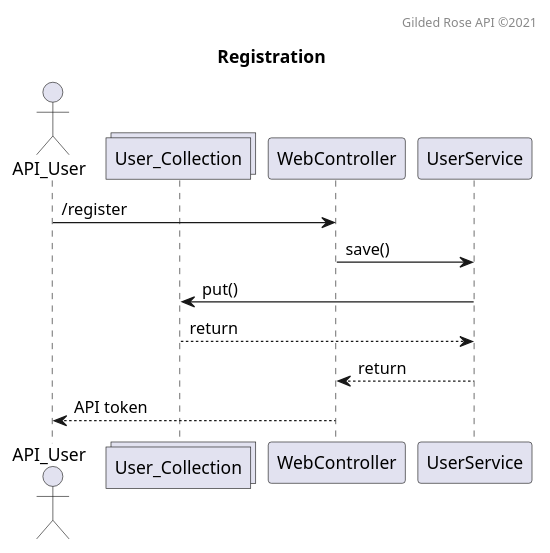
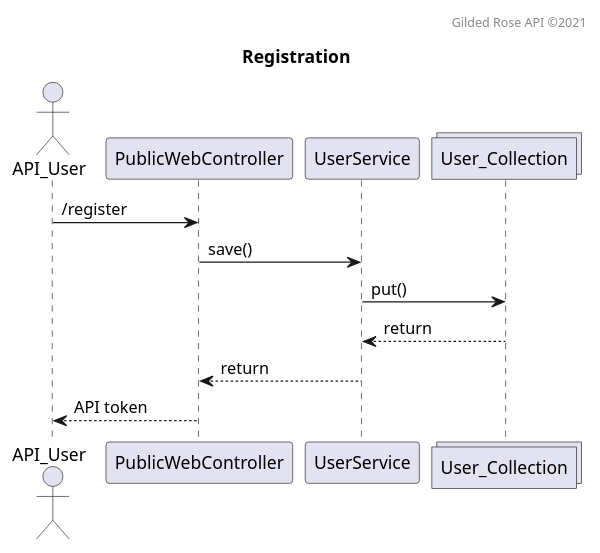
One commit to bladewheels/GildedRoseAPI changed the diagram in src/main/resources/seq.register.puml. Above: the diagram before and after it, drawn with PlantUML.

```diff
--- a/src/main/resources/seq.register.puml
+++ b/src/main/resources/seq.register.puml
@@ -1,14 +1,16 @@
 @startuml
 title Registration
 header Gilded Rose API ©2021
 
 actor API_User
+participant PublicWebController
+participant UserService
 collections User_Collection
 
-API_User -> WebController : /register
-WebController -> UserService : save()
+API_User -> PublicWebController : /register
+PublicWebController -> UserService : save()
 UserService -> User_Collection: put()
 UserService <-- User_Collection : return
-WebController <-- UserService : return
-API_User <-- WebController : API token
+PublicWebController <-- UserService : return
+API_User <-- PublicWebController : API token
 @enduml
```
